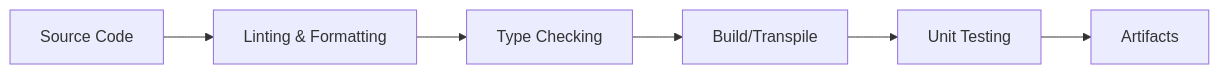
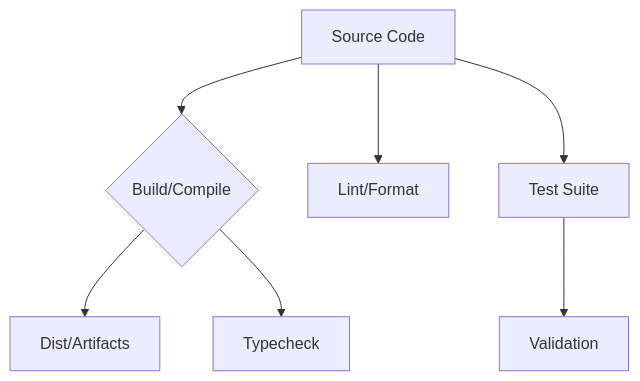
The second of 5 diagrams in .codebuddy/docs/10-development.md (Zeeeepa/code-buddy), drawn with Mermaid before and after one commit. The commit also changed other lines of this file and 29 other files, not shown here.

````diff
--- a/.codebuddy/docs/10-development.md
+++ b/.codebuddy/docs/10-development.md
@@ -67,8 +66,9 @@
 ```mermaid
-graph LR
-    A[Source Code] --> B[Linting & Formatting]
-    B --> C[Type Checking]
-    C --> D[Build/Transpile]
-    D --> E[Unit Testing]
-    E --> F[Artifacts]
+graph TD
+    A[Source Code] --> B{Build/Compile}
+    B --> C[Dist/Artifacts]
+    B --> D[Typecheck]
+    A --> E[Lint/Format]
+    A --> F[Test Suite]
+    F --> G[Validation]
 ```
````
